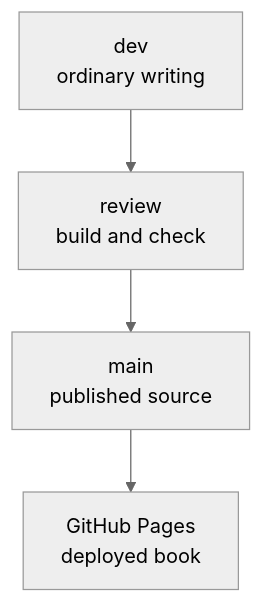
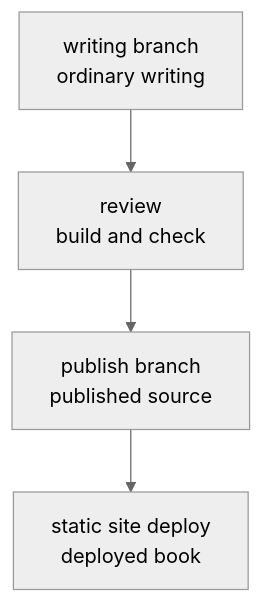
The diagram in docs/parts/part-02/chapter-14/section-02.md (devchan64/AiBook), drawn with Mermaid (neutral theme) before and after one commit. The commit also changed other lines of this file and 68 other files, not shown here.

Commit message:
Review part 2 to 4 manuscript flow

````diff
--- a/docs/parts/part-02/chapter-14/section-02.md
+++ b/docs/parts/part-02/chapter-14/section-02.md
@@ -90,9 +88,9 @@
 ```mermaid
 flowchart TD
-  A["dev<br/>ordinary writing"]
+  A["writing branch<br/>ordinary writing"]
   B["review<br/>build and check"]
-  C["main<br/>published source"]
-  D["GitHub Pages<br/>deployed book"]
+  C["publish branch<br/>published source"]
+  D["static site deploy<br/>deployed book"]
 
   A --> B --> C --> D
 ```
````
